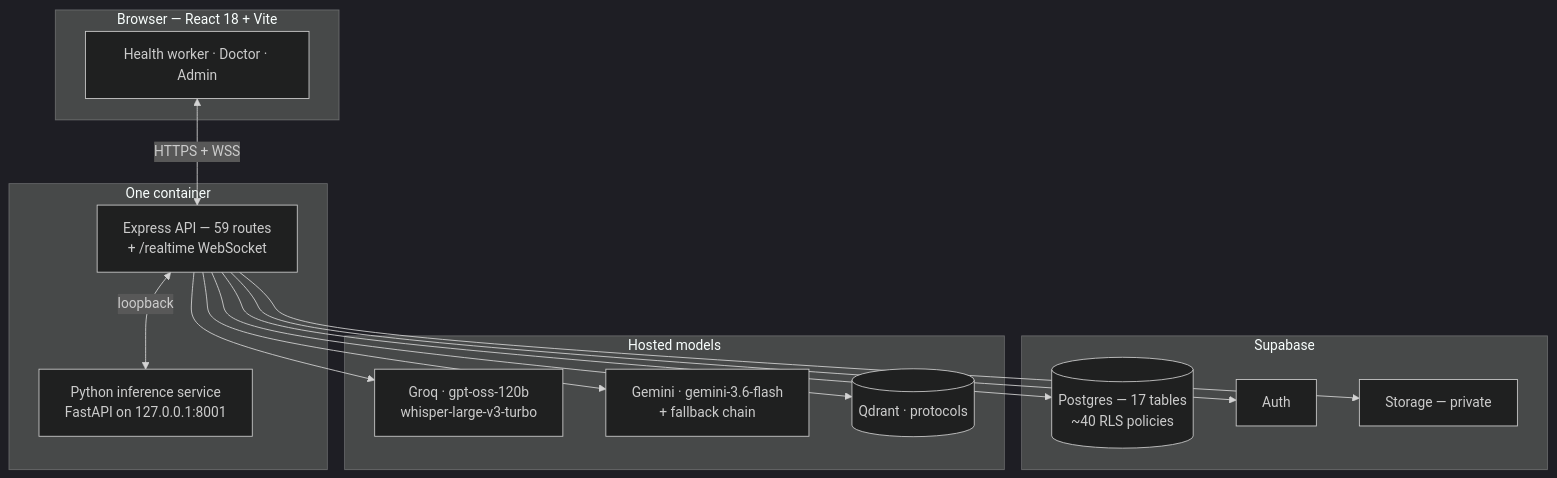
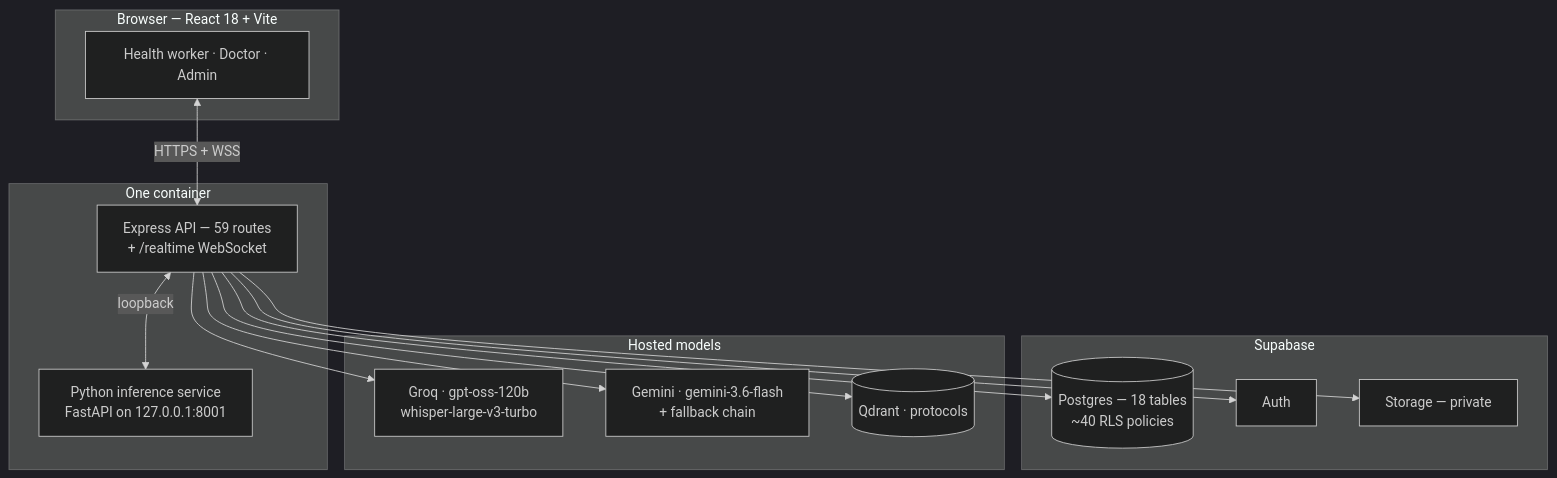
One commit to PriyamMishra853/RURALAI- changed the diagram in README.md. Above: the diagram before and after it, drawn with Mermaid (dark theme). The commit also changed other lines of this file and 8 other files, not shown here.

````diff
--- a/README.md
+++ b/README.md
@@ -95,32 +95,32 @@
 ```mermaid
 flowchart TB
     subgraph B["Browser — React 18 + Vite"]
         UI["Health worker · Doctor · Admin"]
     end
 
     subgraph C["One container"]
         API["Express API — 59 routes<br/>+ /realtime WebSocket"]
         PY["Python inference service<br/>FastAPI on 127.0.0.1:8001"]
         API <-->|loopback| PY
     end
 
     subgraph D["Supabase"]
-        PG[("Postgres — 17 tables<br/>~40 RLS policies")]
+        PG[("Postgres — 18 tables<br/>~40 RLS policies")]
         AUTH["Auth"]
         ST["Storage — private"]
     end
 
     subgraph M["Hosted models"]
         G["Groq · gpt-oss-120b<br/>whisper-large-v3-turbo"]
         GM["Gemini · gemini-3.6-flash<br/>+ fallback chain"]
         QD[("Qdrant · protocols")]
     end
 
     UI <-->|HTTPS + WSS| API
     API --> PG
     API --> AUTH
     API --> ST
     API --> G
     API --> GM
     API --> QD
 ```
````
